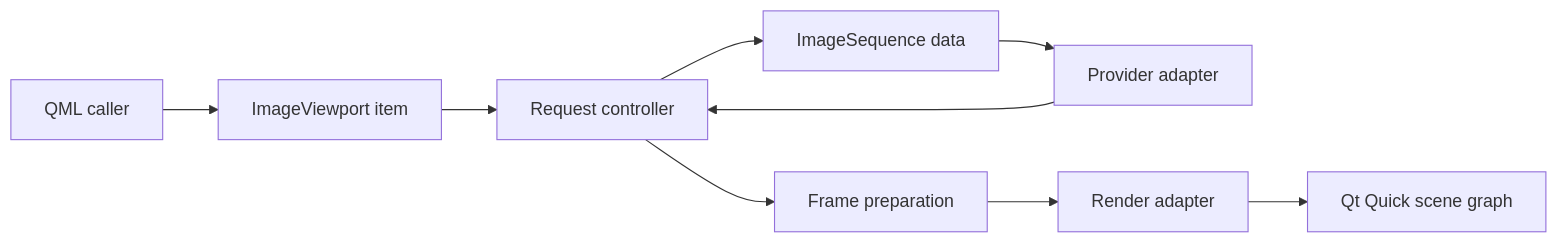
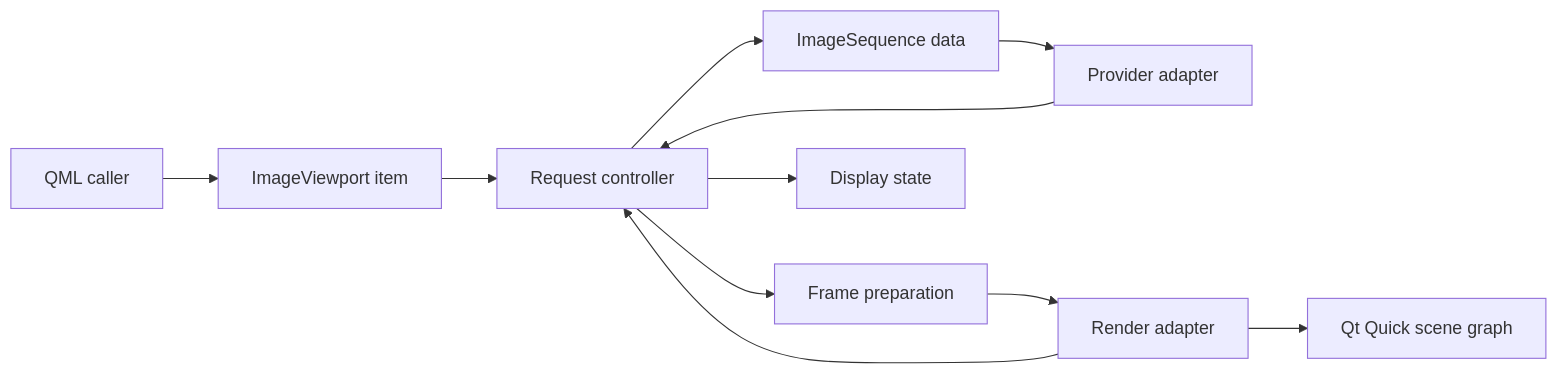
The diagram in docs/architecture/subsystem-boundaries.md (hnjae/kiriview), drawn with Mermaid before and after one commit. The commit also changed other lines of this file and 8 other files, not shown here.

````diff
--- a/docs/architecture/subsystem-boundaries.md
+++ b/docs/architecture/subsystem-boundaries.md
@@ -5,11 +5,13 @@
 ```mermaid
 flowchart LR
     QML[QML caller] --> Item[ImageViewport item]
     Item --> Controller[Request controller]
     Controller --> Sequence[ImageSequence data]
     Sequence --> Provider[Provider adapter]
     Provider --> Controller
     Controller --> Prepare[Frame preparation]
+    Controller --> Display[Display state]
     Prepare --> Render[Render adapter]
     Render --> SceneGraph[Qt Quick scene graph]
+    Render --> Controller
 ```
````
